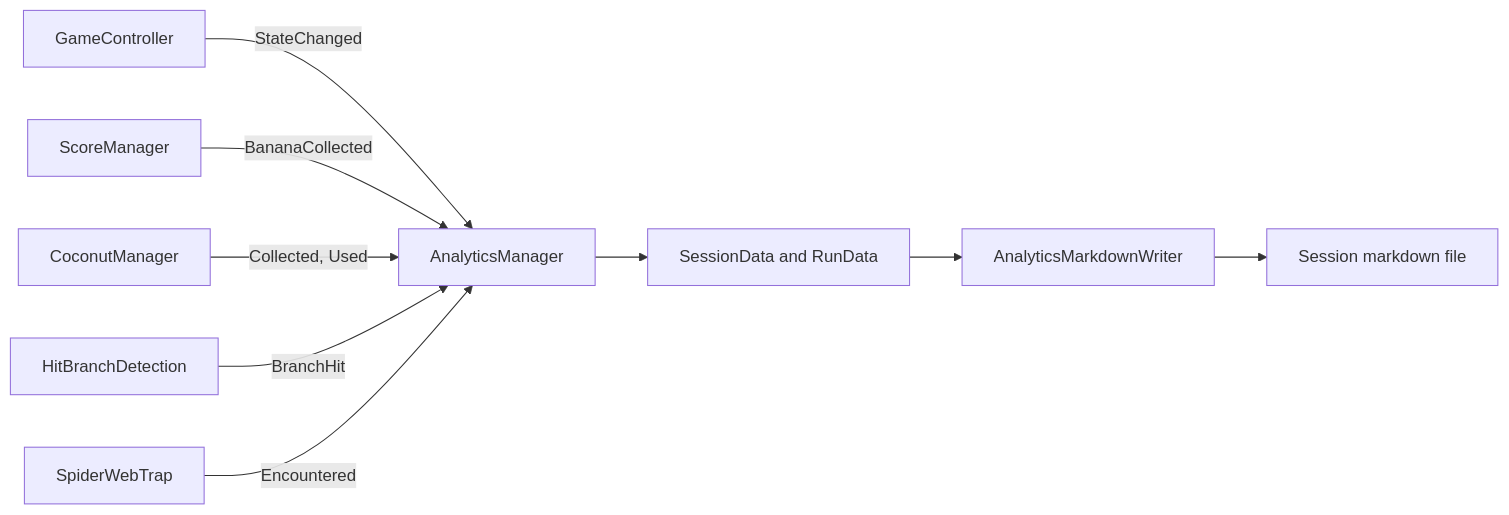
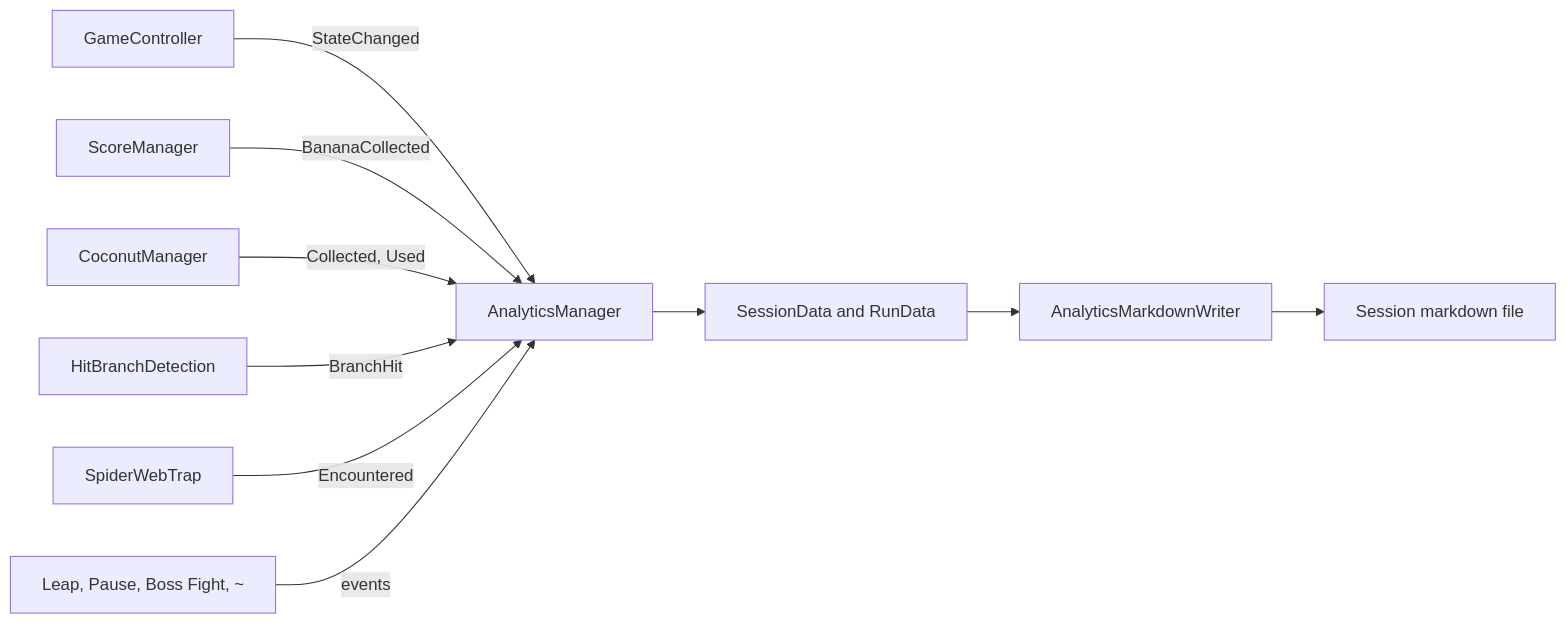
One commit to CSCI-526/Team4-Lu_Lu changed the diagram in docs/analytics-doc.md. Above: the diagram before and after it, drawn with Mermaid. The commit also changed other lines of this file and 3 other files, not shown here.

````diff
--- a/docs/analytics-doc.md
+++ b/docs/analytics-doc.md
@@ -13,11 +13,12 @@
 ```mermaid
 graph LR
   Game[GameController] -->|StateChanged| AM[AnalyticsManager]
   Score[ScoreManager] -->|BananaCollected| AM
   Coconut[CoconutManager] -->|Collected, Used| AM
   Hit[HitBranchDetection] -->|BranchHit| AM
   Web[SpiderWebTrap] -->|Encountered| AM
+  More[Leap, Pause, Boss Fight, ~] -->|events| AM
   AM --> Data[SessionData and RunData]
   Data --> Writer[AnalyticsMarkdownWriter]
   Writer --> File[Session markdown file]
 ```
````
